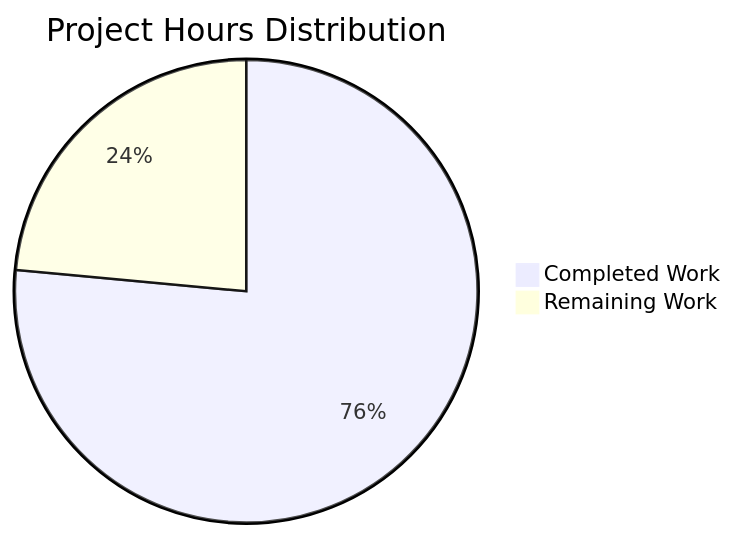
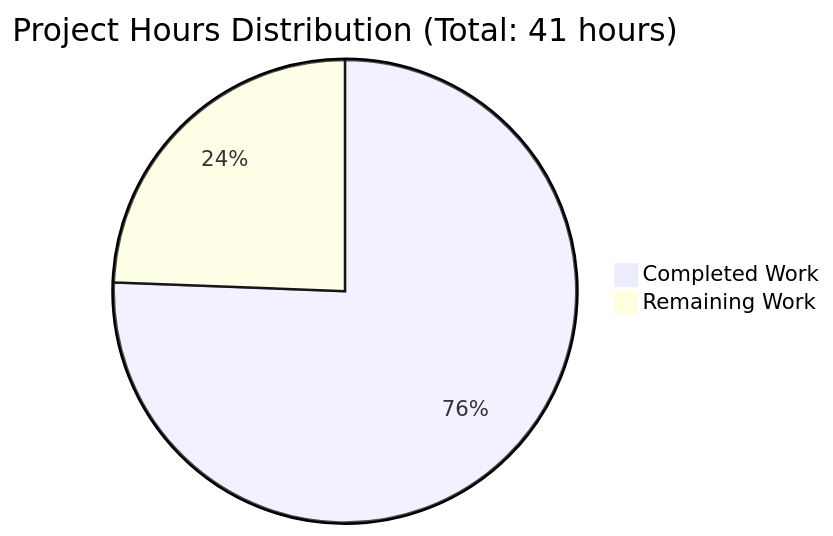
Before and after one commit to lakshya-blitzy/hello_world_lakshya_github: the first of 2 diagrams in blitzy/documentation/Project Guide.md, drawn with Mermaid. The commit also changed other lines of this file, not shown here.

Commit message:
Adding Blitzy Project Guide: Project Status and Human Tasks Remaining

````diff
--- a/blitzy/documentation/Project Guide.md
+++ b/blitzy/documentation/Project Guide.md
@@ -63,5 +115,5 @@
 ```mermaid
-pie title Project Hours Distribution
-    "Completed Work" : 26
-    "Remaining Work" : 8
+pie title Project Hours Distribution (Total: 41 hours)
+    "Completed Work" : 31
+    "Remaining Work" : 10
 ```
````
